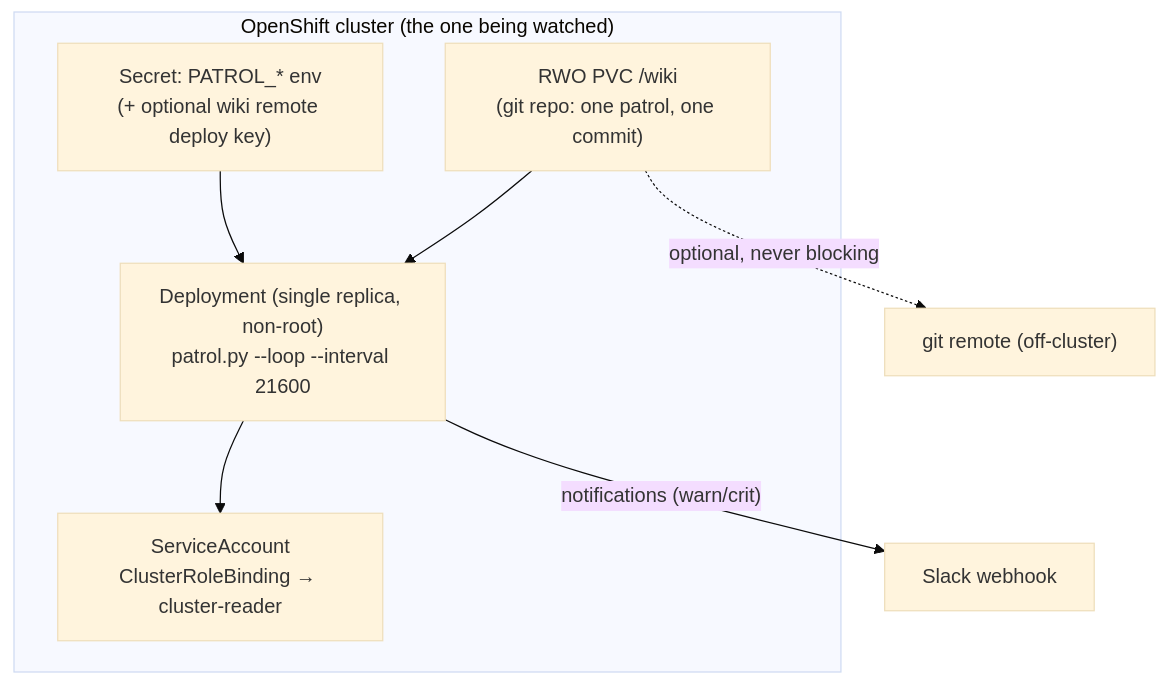
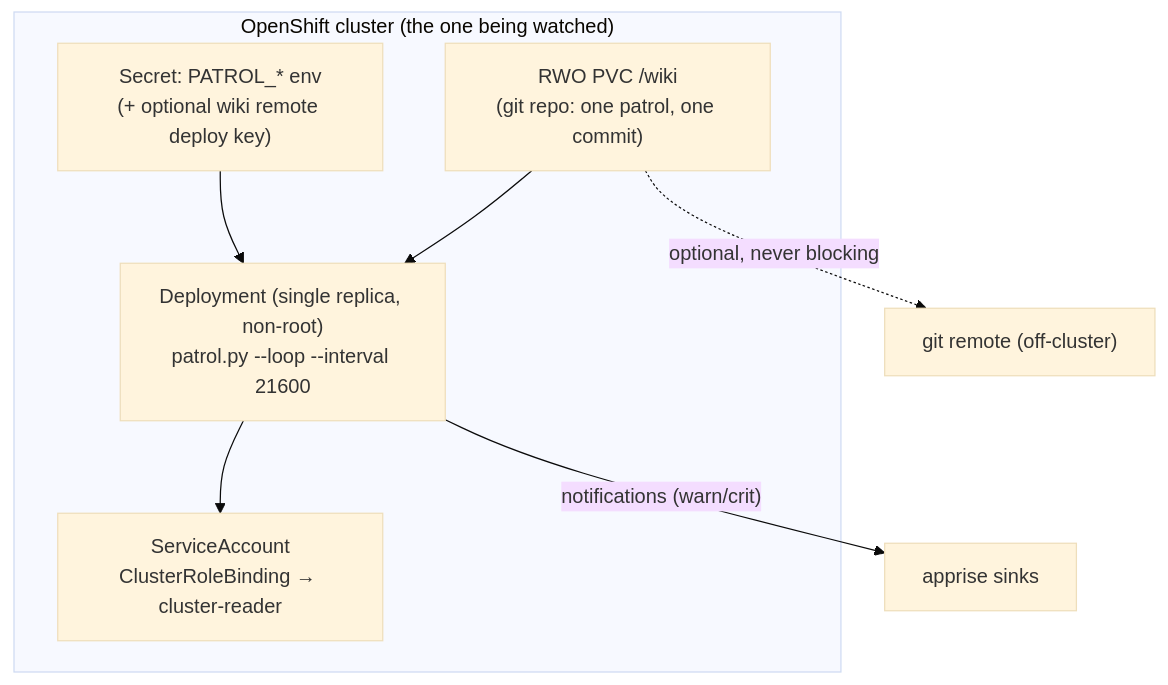
One commit to thoraxe/ols-patroller changed the third of 3 diagrams in ARCHITECTURE.md. Above: the diagram before and after it, drawn with Mermaid (base theme). The commit also changed other lines of this file and 13 other files, not shown here.

Commit message:
impl: apprise multi-sink notifications (#9)

````diff
--- a/ARCHITECTURE.md
+++ b/ARCHITECTURE.md
@@ -123,14 +123,14 @@
 ```mermaid
 flowchart TD
     subgraph cluster["OpenShift cluster (the one being watched)"]
         POD["Deployment (single replica, non-root)<br/>patrol.py --loop --interval 21600"]
         SA["ServiceAccount<br/>ClusterRoleBinding → cluster-reader"]
         PVC["RWO PVC /wiki<br/>(git repo: one patrol, one commit)"]
         SEC["Secret: PATROL_* env<br/>(+ optional wiki remote deploy key)"]
     end
     POD --> SA
     PVC --> POD
     SEC --> POD
-    POD -->|"notifications (warn/crit)"| SLACK["Slack webhook"]
+    POD -->|"notifications (warn/crit)"| SINKS["apprise sinks"]
     PVC -.->|"optional, never blocking"| GIT["git remote (off-cluster)"]
 ```
````
